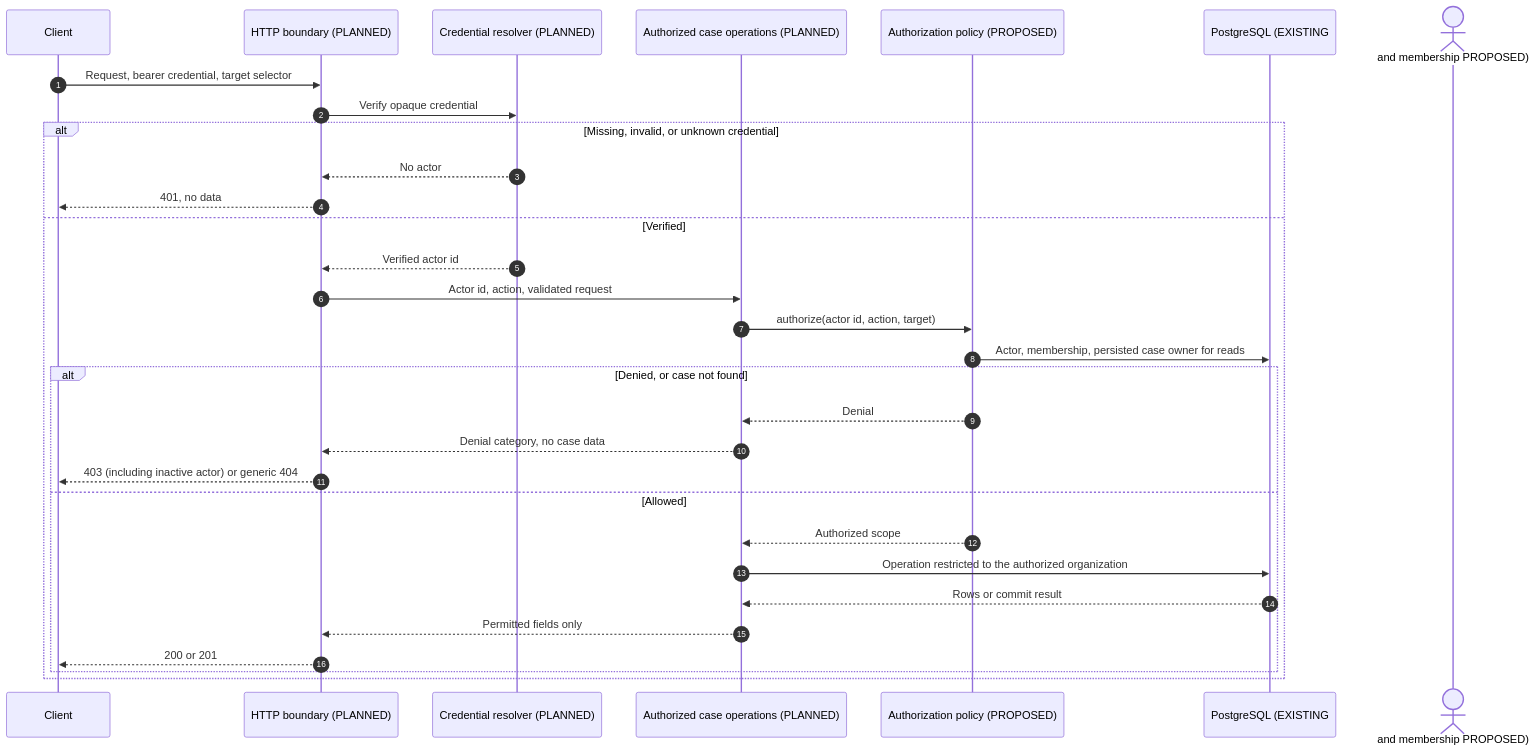
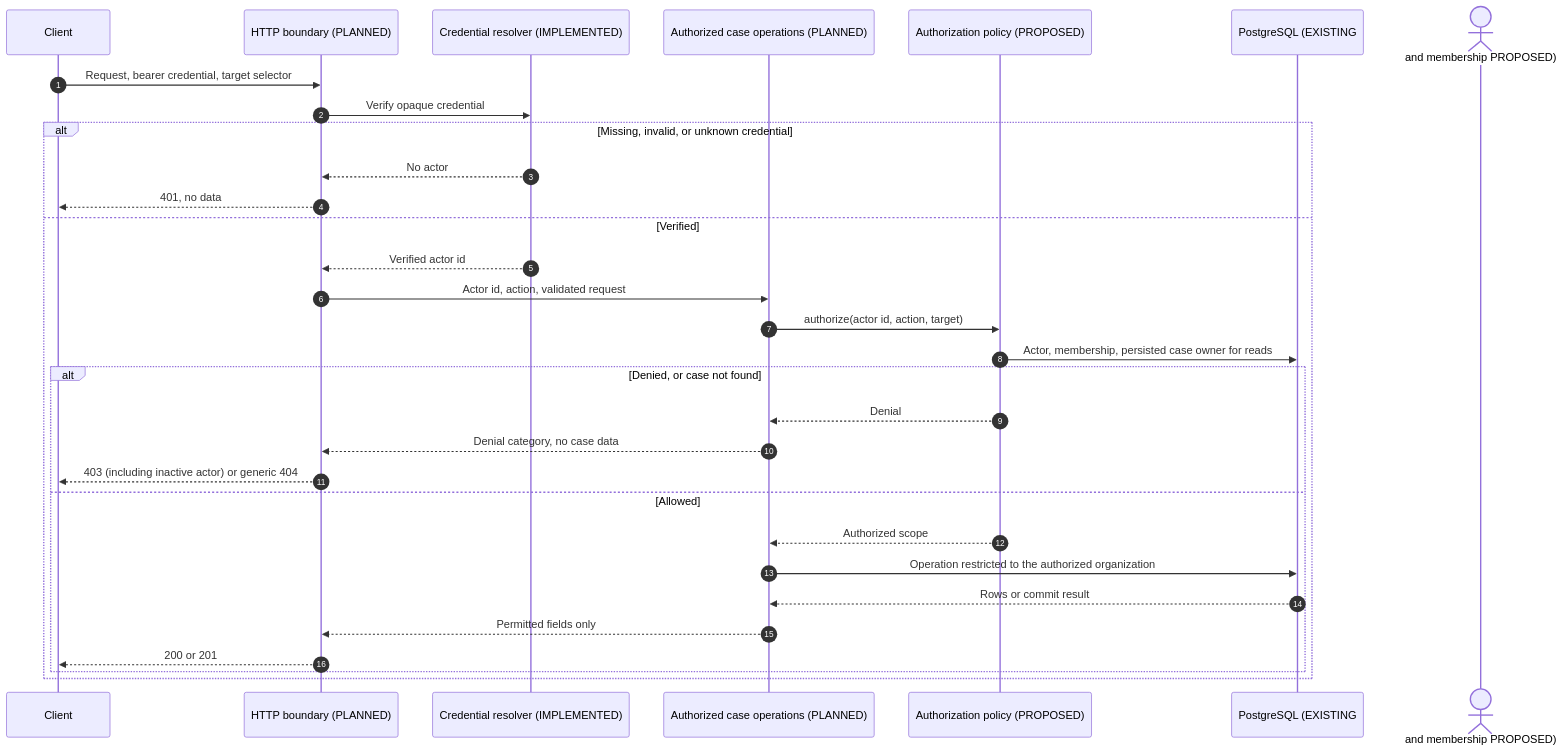
Before and after one commit to asadhanif3188/Enterprise-AI-Service-Operations: the diagram in docs/authentication-authorization-sequence.md, drawn with Mermaid. The commit also changed other lines of this file and 11 other files, not shown here.

````diff
--- a/docs/authentication-authorization-sequence.md
+++ b/docs/authentication-authorization-sequence.md
@@ -71,32 +73,32 @@
 ```mermaid
 sequenceDiagram
     autonumber
     participant C as Client
     participant API as HTTP boundary (PLANNED)
-    participant AN as Credential resolver (PLANNED)
+    participant AN as Credential resolver (IMPLEMENTED)
     participant OPS as Authorized case operations (PLANNED)
     participant POL as Authorization policy (PROPOSED)
     participant DB as PostgreSQL (EXISTING; actor and membership PROPOSED)
     C->>API: Request, bearer credential, target selector
     API->>AN: Verify opaque credential
     alt Missing, invalid, or unknown credential
         AN-->>API: No actor
         API-->>C: 401, no data
     else Verified
         AN-->>API: Verified actor id
         API->>OPS: Actor id, action, validated request
         OPS->>POL: authorize(actor id, action, target)
         POL->>DB: Actor, membership, persisted case owner for reads
         alt Denied, or case not found
             POL-->>OPS: Denial
             OPS-->>API: Denial category, no case data
             API-->>C: 403 (including inactive actor) or generic 404
         else Allowed
             POL-->>OPS: Authorized scope
             OPS->>DB: Operation restricted to the authorized organization
             DB-->>OPS: Rows or commit result
             OPS-->>API: Permitted fields only
             API-->>C: 200 or 201
         end
     end
 ```
````
